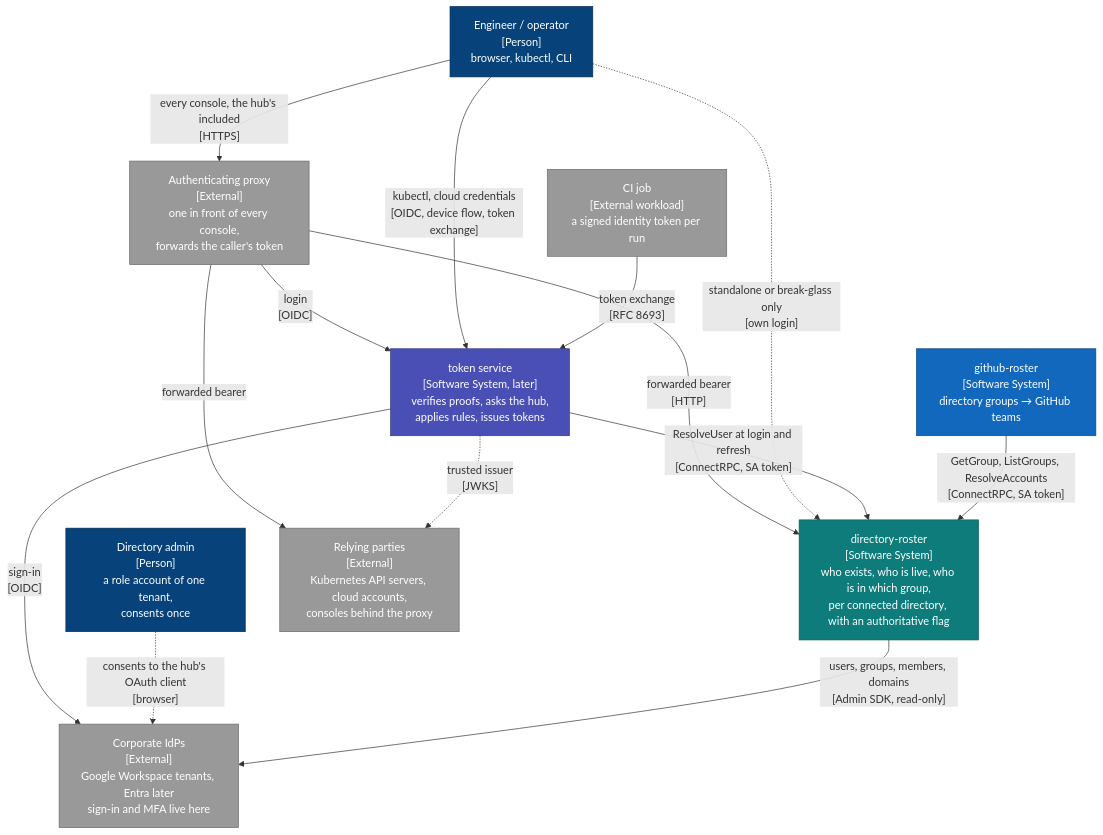
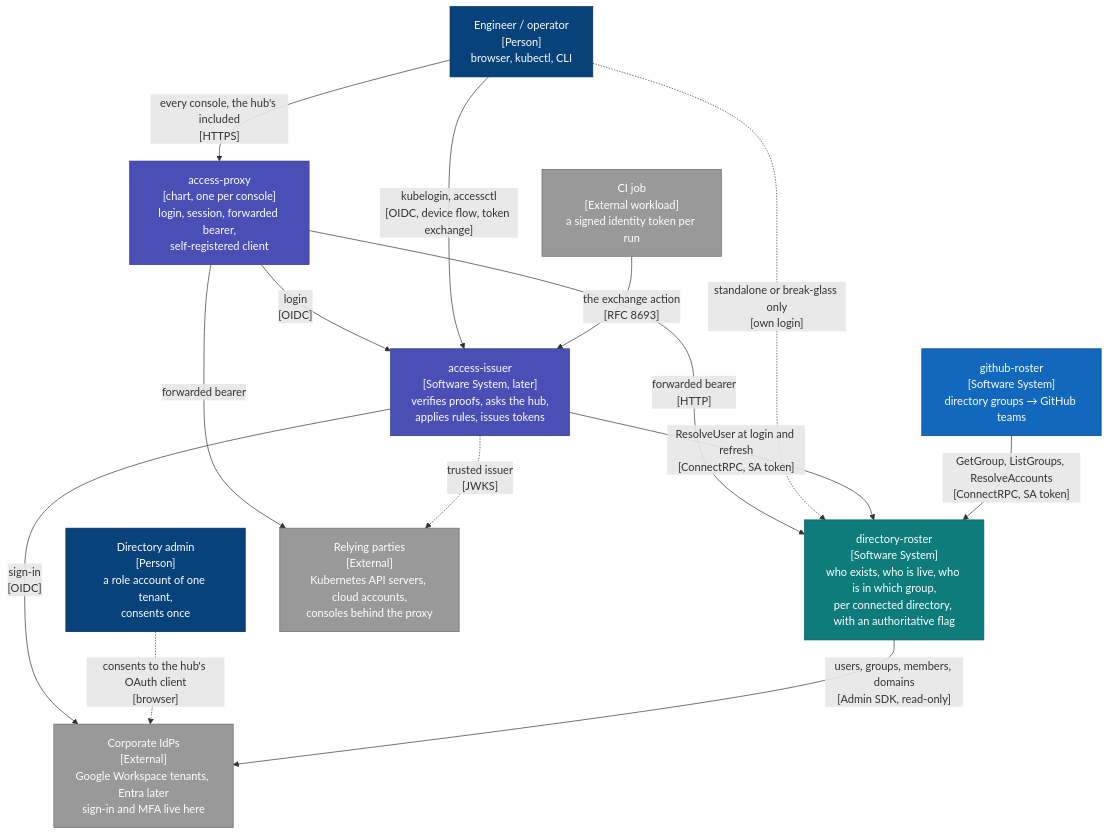
Before and after one commit to truvity/access-roster: the first of 11 diagrams in docs/architecture.md, drawn with Mermaid. The commit also changed other lines of this file and 30 other files, not shown here.

First line of the commit message:
docs: the self-contained repository — why, concepts, a design per battery, reference, connect guides

````diff
--- a/docs/architecture.md
+++ b/docs/architecture.md
@@ -33,37 +35,37 @@
 ```mermaid
 flowchart TB
   eng["Engineer / operator<br/>[Person]<br/>browser, kubectl, CLI"]:::person
   admin["Directory admin<br/>[Person]<br/>a role account of one tenant,<br/>consents once"]:::person
   ci["CI job<br/>[External workload]<br/>a signed identity token per run"]:::ext
 
-  ts["token service<br/>[Software System, later]<br/>verifies proofs, asks the hub,<br/>applies rules, issues tokens"]:::token
+  ts["access-issuer<br/>[Software System, later]<br/>verifies proofs, asks the hub,<br/>applies rules, issues tokens"]:::token
   hub["directory-roster<br/>[Software System]<br/>who exists, who is live, who is in which group,<br/>per connected directory, with an authoritative flag"]:::hub
   teamsync["github-roster<br/>[Software System]<br/>directory groups → GitHub teams"]:::system
 
-  proxy["Authenticating proxy<br/>[External]<br/>one in front of every console,<br/>forwards the caller's token"]:::ext
+  proxy["access-proxy<br/>[chart, one per console]<br/>login, session, forwarded bearer,<br/>self-registered client"]:::token
   rp["Relying parties<br/>[External]<br/>Kubernetes API servers, cloud accounts,<br/>consoles behind the proxy"]:::ext
   idp["Corporate IdPs<br/>[External]<br/>Google Workspace tenants, Entra later<br/>sign-in and MFA live here"]:::ext
 
   eng -- "every console, the hub's included<br/>[HTTPS]" --> proxy
   proxy -- "login<br/>[OIDC]" --> ts
   proxy -- "forwarded bearer<br/>[HTTP]" --> hub
   proxy -- "forwarded bearer" --> rp
-  eng -- "kubectl, cloud credentials<br/>[OIDC, device flow, token exchange]" --> ts
+  eng -- "kubelogin, accessctl<br/>[OIDC, device flow, token exchange]" --> ts
   eng -. "standalone or break-glass only<br/>[own login]" .-> hub
-  ci -- "token exchange<br/>[RFC 8693]" --> ts
+  ci -- "the exchange action<br/>[RFC 8693]" --> ts
   ts -- "sign-in<br/>[OIDC]" --> idp
   ts -- "ResolveUser at login and refresh<br/>[ConnectRPC, SA token]" --> hub
   ts -. "trusted issuer<br/>[JWKS]" .-> rp
   teamsync -- "GetGroup, ListGroups, ResolveAccounts<br/>[ConnectRPC, SA token]" --> hub
   admin -. "consents to the hub's OAuth client<br/>[browser]" .-> idp
   hub -- "users, groups, members, domains<br/>[Admin SDK, read-only]" --> idp
 
   classDef person fill:#08427b,stroke:#052e56,color:#fff
   classDef system fill:#1168bd,stroke:#0b4884,color:#fff
   classDef ext fill:#999999,stroke:#6b6b6b,color:#fff
   classDef hub fill:#0E7C7B,stroke:#0A5958,color:#fff
   classDef hubStore fill:#5FA9A7,stroke:#0A5958,color:#fff
   classDef token fill:#4A4FB5,stroke:#33378A,color:#fff
   classDef tokenStore fill:#8A8DD1,stroke:#33378A,color:#fff
   classDef component fill:#85bbf0,stroke:#5d82a8,color:#000
 ```
````
